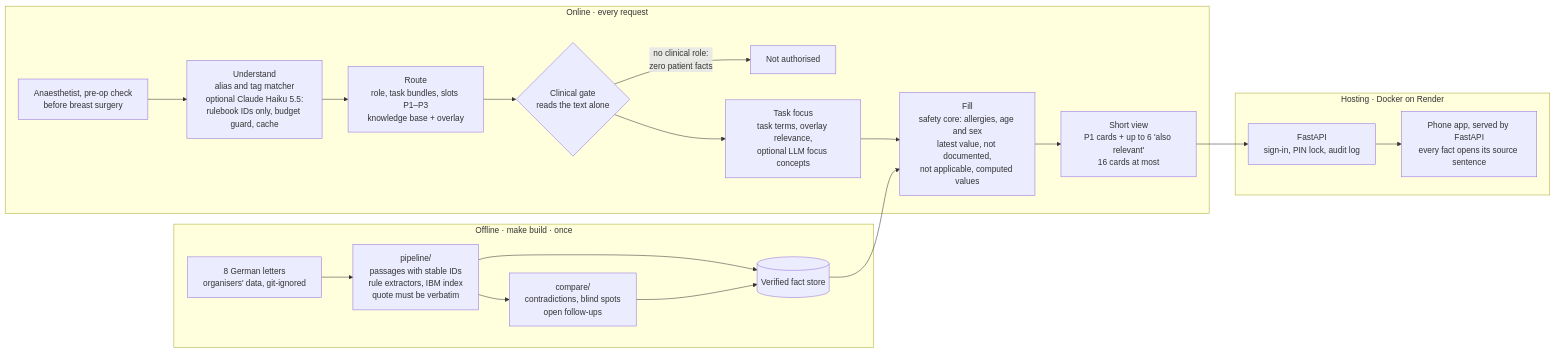
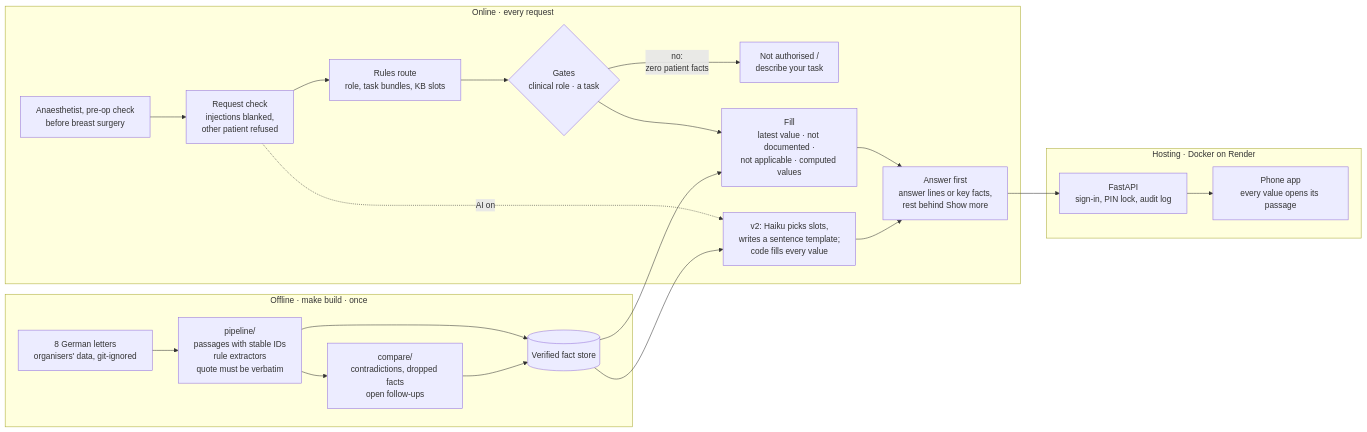
One commit to omarjku/Mixymatchy changed the diagram in README.md. Above: the diagram before and after it, drawn with Mermaid. The commit also changed other lines of this file, not shown here.

First line of the commit message:
README: Second Eye, answer-first screen, current AI design and results (WIP: media follows)

````diff
--- a/README.md
+++ b/README.md
@@ -89,23 +87,25 @@
 ```mermaid
 flowchart LR
     subgraph OFF["Offline · make build · once"]
-        L["8 German letters<br/>organisers' data, git-ignored"] --> P["pipeline/<br/>passages with stable IDs<br/>rule extractors, IBM index<br/>quote must be verbatim"]
-        P --> C["compare/<br/>contradictions, blind spots<br/>open follow-ups"]
+        L["8 German letters<br/>organisers' data, git-ignored"] --> P["pipeline/<br/>passages with stable IDs<br/>rule extractors<br/>quote must be verbatim"]
+        P --> C["compare/<br/>contradictions, dropped facts<br/>open follow-ups"]
         P --> FS[("Verified fact store")]
         C --> FS
     end
     subgraph ON["Online · every request"]
-        Q["Anaesthetist, pre-op check<br/>before breast surgery"] --> U["Understand<br/>alias and tag matcher<br/>optional Claude Haiku 5.5:<br/>rulebook IDs only, budget guard, cache"]
-        U --> R["Route<br/>role, task bundles, slots P1–P3<br/>knowledge base + overlay"]
-        R --> G{"Clinical gate<br/>reads the text alone"}
-        G -- "no clinical role:<br/>zero patient facts" --> X["Not authorised"]
-        G --> FO["Task focus<br/>task terms, overlay relevance,<br/>optional LLM focus concepts"]
-        FO --> F["Fill<br/>safety core: allergies, age and sex<br/>latest value, not documented,<br/>not applicable, computed values"]
+        Q["Anaesthetist, pre-op check<br/>before breast surgery"] --> RQ["Request check<br/>injections blanked,<br/>other patient refused"]
+        RQ --> R["Rules route<br/>role, task bundles, KB slots"]
+        R --> G{"Gates<br/>clinical role · a task"}
+        G -- "no:<br/>zero patient facts" --> X["Not authorised /<br/>describe your task"]
+        G --> F["Fill<br/>latest value · not documented ·<br/>not applicable · computed values"]
         FS --> F
-        F --> V["Short view<br/>P1 cards + up to 6 'also relevant'<br/>16 cards at most"]
+        F --> A["Answer first<br/>answer lines or key facts,<br/>rest behind Show more"]
+        RQ -. "AI on" .-> V2["v2: Haiku picks slots,<br/>writes a sentence template;<br/>code fills every value"]
+        FS --> V2
+        V2 --> A
     end
     subgraph HOST["Hosting · Docker on Render"]
-        V --> API["FastAPI<br/>sign-in, PIN lock, audit log"]
-        API --> APP["Phone app, served by FastAPI<br/>every fact opens its source sentence"]
+        A --> API["FastAPI<br/>sign-in, PIN lock, audit log"]
+        API --> APP["Phone app<br/>every value opens its passage"]
     end
 ```
````
